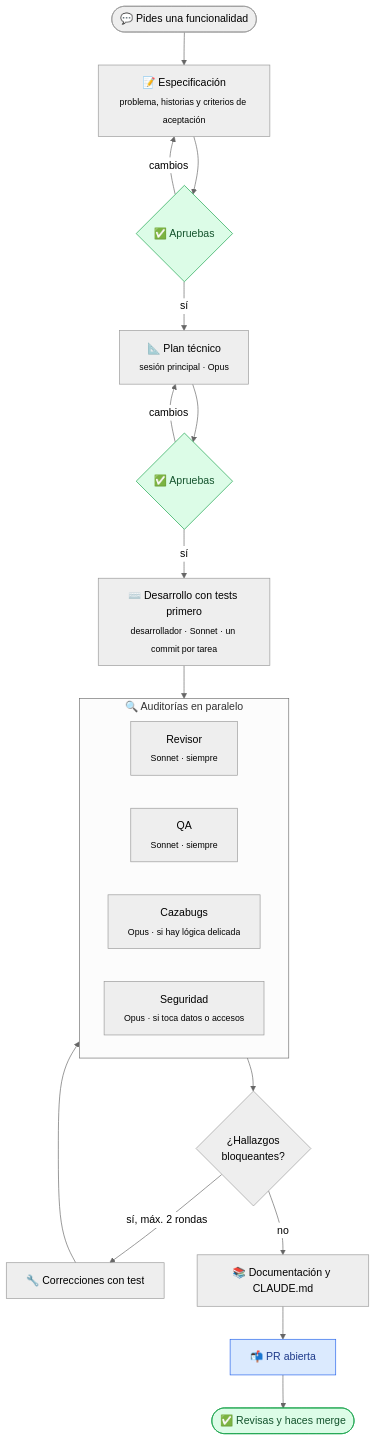
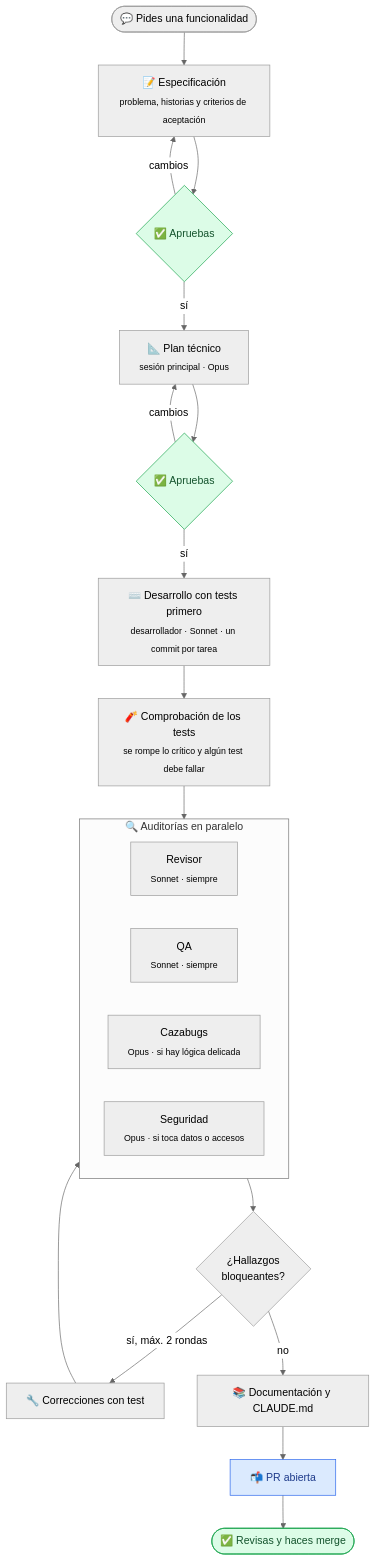
Before and after one commit to davidgarcia11/taller-dev: the diagram in README.md, drawn with Mermaid (neutral theme). The commit also changed other lines of this file and 14 other files, not shown here.

Commit message:
feat(equipo): comprobación de los tests, rojo verificado y datos de referencia oficiales (v1.7.0)

````diff
--- a/README.md
+++ b/README.md
@@ -65,31 +65,32 @@
 ```mermaid
 flowchart TD
     A([💬 Pides una funcionalidad]) --> B[📝 Especificación<br/><sub>problema, historias y criterios de aceptación</sub>]
     B --> C{✅ Apruebas}
     C -->|cambios| B
     C -->|sí| D[📐 Plan técnico<br/><sub>sesión principal · Opus</sub>]
     D --> E{✅ Apruebas}
     E -->|cambios| D
     E -->|sí| F[⌨️ Desarrollo con tests primero<br/><sub>desarrollador · Sonnet · un commit por tarea</sub>]
-    F --> G
+    F --> M[🧨 Comprobación de los tests<br/><sub>se rompe lo crítico y algún test debe fallar</sub>]
+    M --> G
 
     subgraph G [🔍 Auditorías en paralelo]
         direction LR
         G1[Revisor<br/><sub>Sonnet · siempre</sub>]
         G2[QA<br/><sub>Sonnet · siempre</sub>]
         G3[Cazabugs<br/><sub>Opus · si hay lógica delicada</sub>]
         G4[Seguridad<br/><sub>Opus · si toca datos o accesos</sub>]
     end
 
     G --> H{¿Hallazgos<br/>bloqueantes?}
     H -->|sí, máx. 2 rondas| I[🔧 Correcciones con test]
     I --> G
     H -->|no| J[📚 Documentación y CLAUDE.md]
     J --> K[📬 PR abierta]
     K --> L([✅ Revisas y haces merge])
 
     classDef tu fill:#dcfce7,stroke:#16a34a,color:#14532d
     classDef final fill:#dbeafe,stroke:#2563eb,color:#1e3a8a
     class C,E,L tu
     class K final
 ```
````
